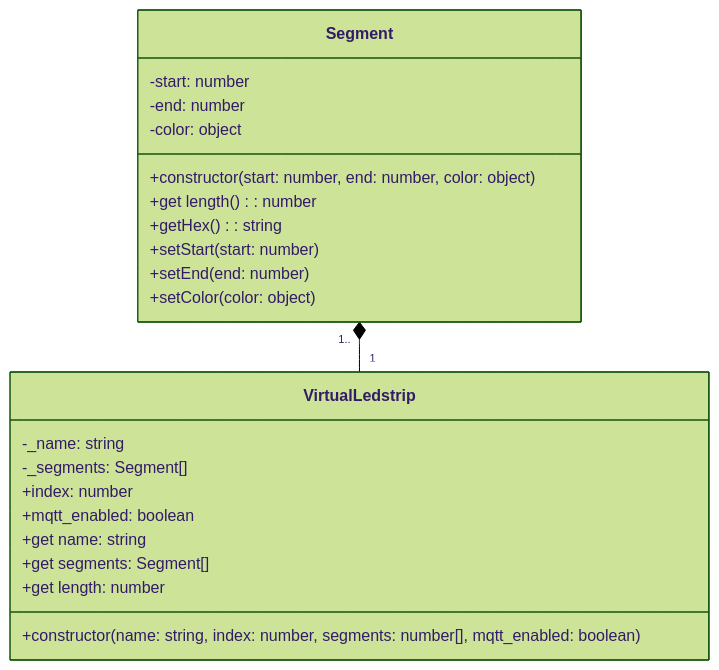
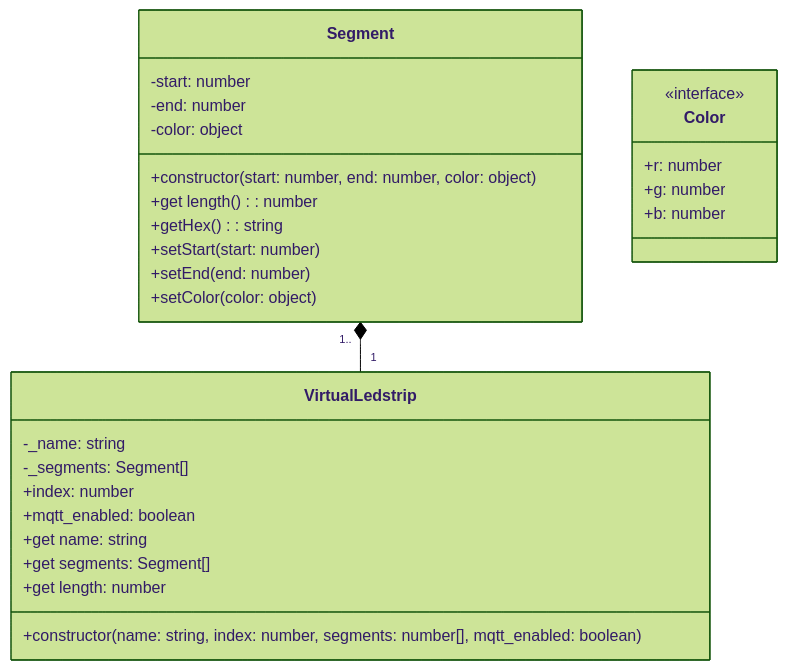
One commit to vives-project-xp/InteractiveCorridor changed the diagram in Backend/README.md. Above: the diagram before and after it, drawn with Mermaid (forest theme).

Commit message:
Add Color interface to Backend README.md

````diff
--- a/Backend/README.md
+++ b/Backend/README.md
@@ -5,28 +5,35 @@
 ```mermaid
 classDiagram
 
 class Segment {
     -start: number
     -end: number
     -color: object
     +constructor(start: number, end: number, color: object)
     +get length(): number
     +getHex(): string
     +setStart(start: number)
     +setEnd(end: number)
     +setColor(color: object)
 }
 
+class Color {
+    <<interface>>
+    +r: number
+    +g: number
+    +b: number
+}
+
 class VirtualLedstrip{
     -_name: string
     -_segments: Segment[]
     +index: number
     +mqtt_enabled: boolean
     +get name: string
     +get segments: Segment[]
     +get length: number
     +constructor(name: string, index: number, segments: number[], mqtt_enabled: boolean)
 }
 
 Segment "1.." *-- "1" VirtualLedstrip
 ```
````
